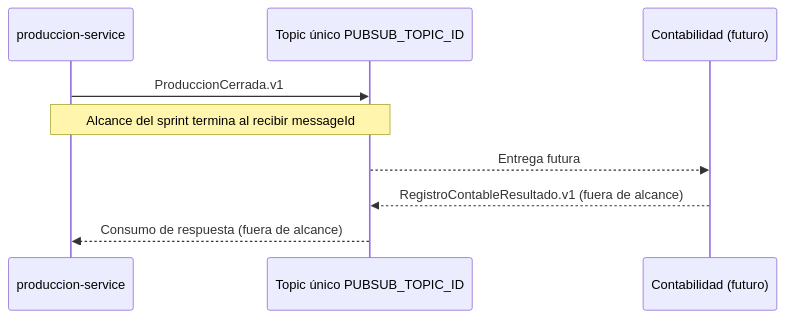
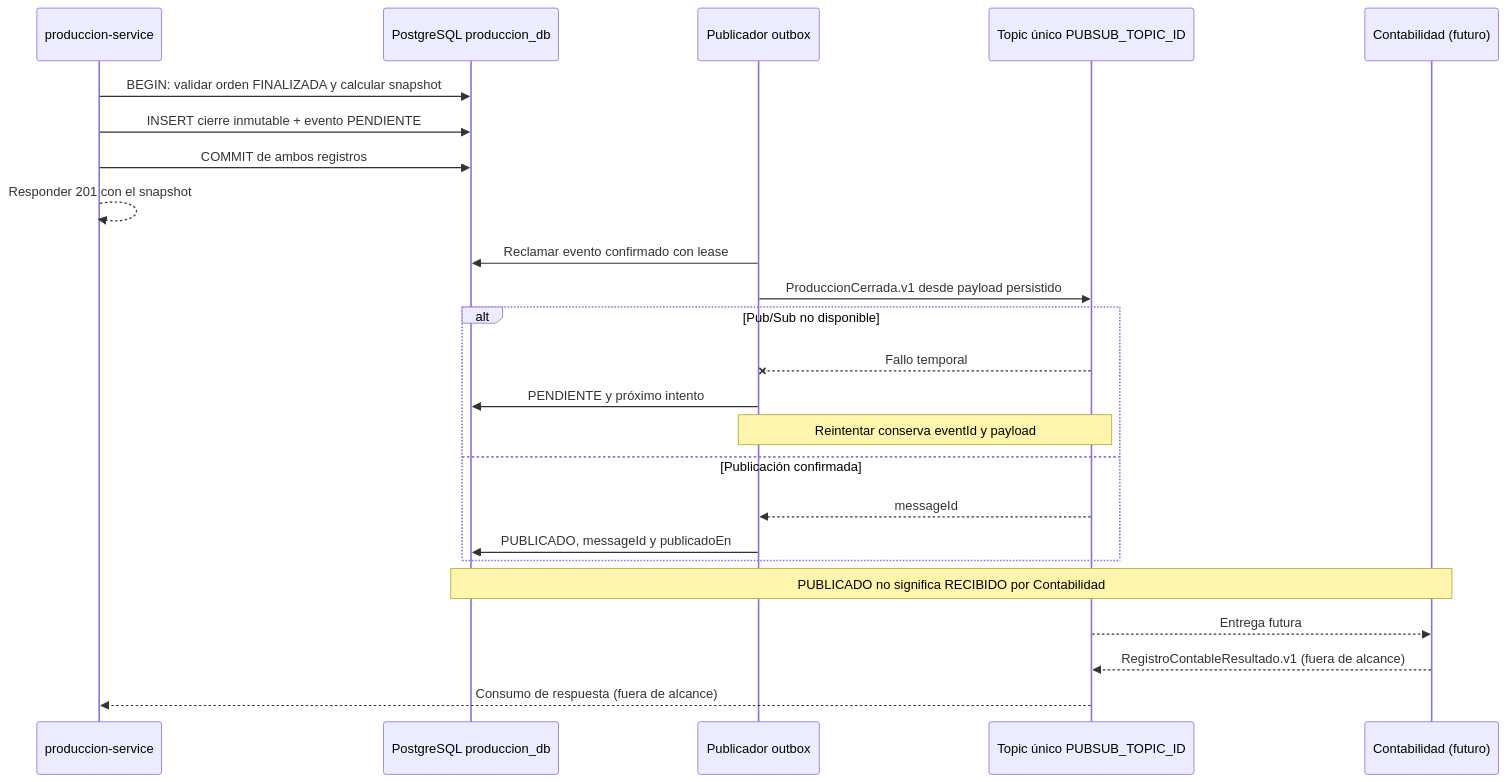
Before and after one commit to ssmendieta/taller_sis: the diagram in docs/diagramas/contabilidad-v1.md, drawn with Mermaid. The commit also changed 7 other files, not shown here.

Commit message:
feat(produccion): conectar cierre con outbox confiable ABC-121

````diff
--- a/docs/diagramas/contabilidad-v1.md
+++ b/docs/diagramas/contabilidad-v1.md
@@ -3,11 +3,26 @@
 ```mermaid
 sequenceDiagram
     participant P as produccion-service
+    participant DB as PostgreSQL produccion_db
+    participant O as Publicador outbox
     participant T as Topic único PUBSUB_TOPIC_ID
     participant C as Contabilidad (futuro)
-    P->>T: ProduccionCerrada.v1
-    Note over P,T: Alcance del sprint termina al recibir messageId
+    P->>DB: BEGIN: validar orden FINALIZADA y calcular snapshot
+    P->>DB: INSERT cierre inmutable + evento PENDIENTE
+    P->>DB: COMMIT de ambos registros
+    P-->>P: Responder 201 con el snapshot
+    O->>DB: Reclamar evento confirmado con lease
+    O->>T: ProduccionCerrada.v1 desde payload persistido
+    alt Pub/Sub no disponible
+        T--xO: Fallo temporal
+        O->>DB: PENDIENTE y próximo intento
+        Note over O,T: Reintentar conserva eventId y payload
+    else Publicación confirmada
+        T-->>O: messageId
+        O->>DB: PUBLICADO, messageId y publicadoEn
+    end
+    Note over DB,C: PUBLICADO no significa RECIBIDO por Contabilidad
     T-->>C: Entrega futura
     C-->>T: RegistroContableResultado.v1 (fuera de alcance)
     T-->>P: Consumo de respuesta (fuera de alcance)
 ```
````
